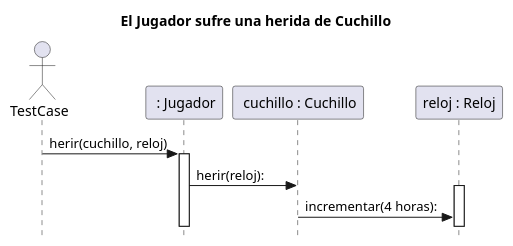
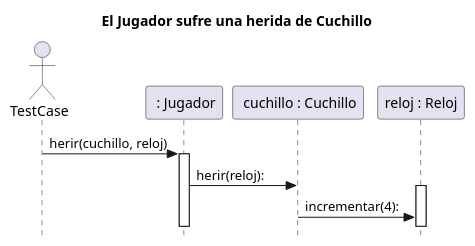
Before and after one commit to martinanus/algo3_tp2: the diagram in diagrams/sequences/JugadorSufreHeridaDeCuchillo.puml, drawn with PlantUML. The commit also changed 1 other file, not shown here.

Commit message:
Actualizacion diagrama de secuencia

```diff
--- a/diagrams/sequences/JugadorSufreHeridaDeCuchillo.puml
+++ b/diagrams/sequences/JugadorSufreHeridaDeCuchillo.puml
@@ -1,18 +1,18 @@
 @startuml
 skinparam style strictuml
 title:  El Jugador sufre una herida de Cuchillo
 
 actor TestCase
 
 participant " : Jugador" as jugador
 participant " cuchillo : Cuchillo" as cuchillo
 participant "reloj : Reloj" as reloj
 
 
 TestCase -> jugador: herir(cuchillo, reloj)
 activate jugador
 jugador -> cuchillo: herir(reloj):
 activate reloj
-cuchillo -> reloj: incrementar(4 horas):
+cuchillo -> reloj: incrementar(4):
 
 @enduml
```
